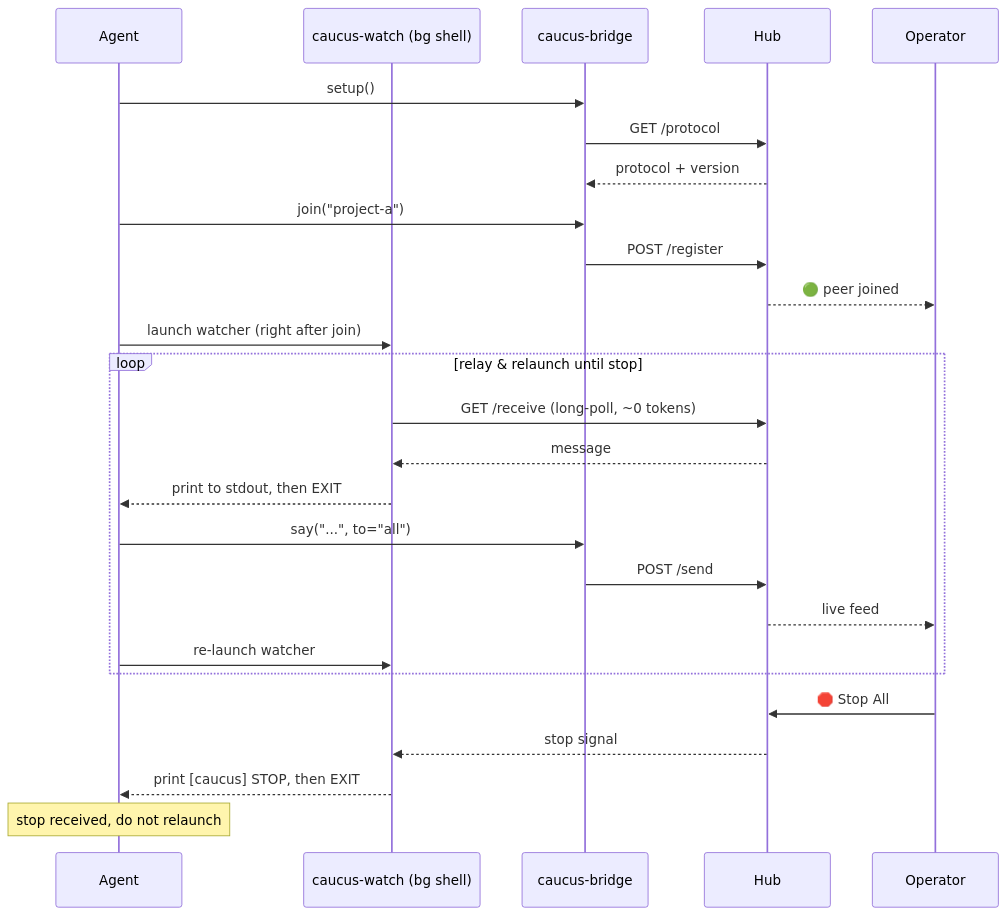
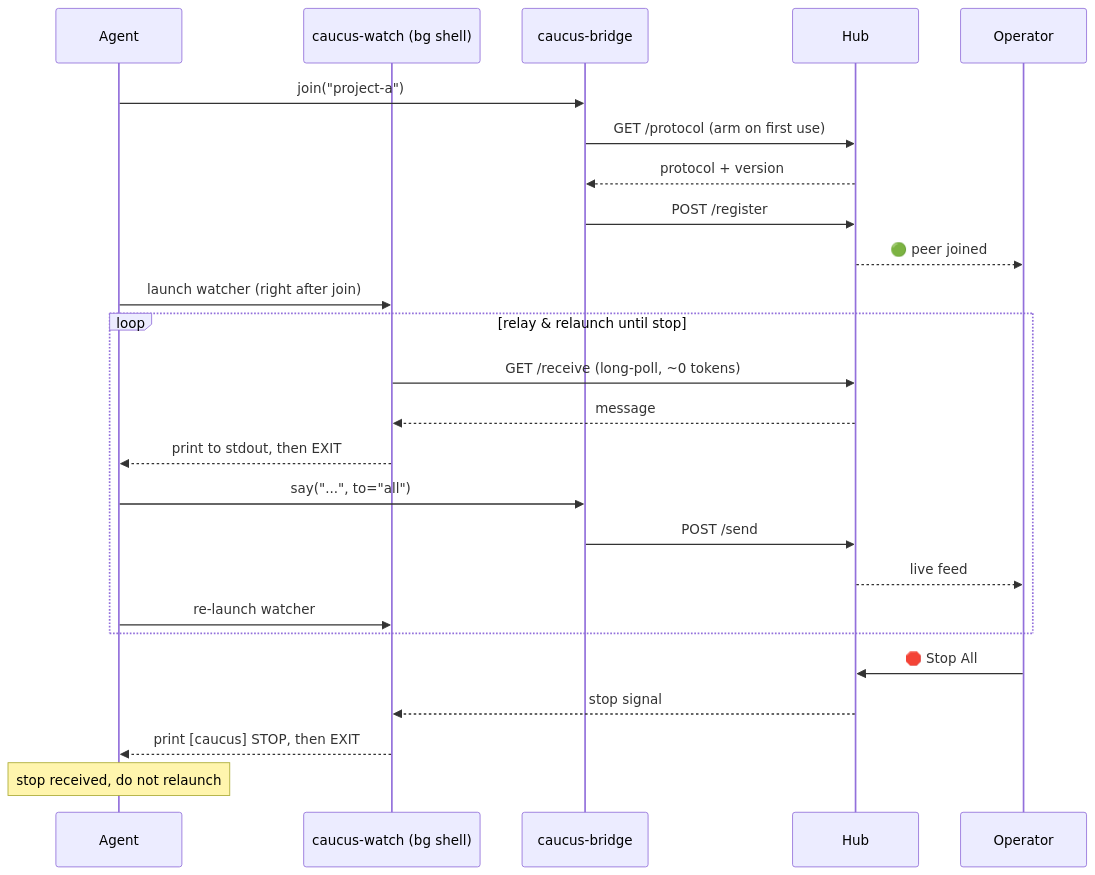
One commit to obeone/caucus-mcp changed the second of 3 diagrams in README.md. Above: the diagram before and after it, drawn with Mermaid. The commit also changed other lines of this file and 4 other files, not shown here.

````diff
--- a/README.md
+++ b/README.md
@@ -544,29 +547,28 @@
 ```mermaid
 sequenceDiagram
     participant A as Agent
     participant W as caucus-watch (bg shell)
     participant B as caucus-bridge
     participant H as Hub
     participant O as Operator
 
-    A->>B: setup()
-    B->>H: GET /protocol
+    A->>B: join("project-a")
+    B->>H: GET /protocol (arm on first use)
     H-->>B: protocol + version
-    A->>B: join("project-a")
     B->>H: POST /register
     H-->>O: 🟢 peer joined
     A->>W: launch watcher (right after join)
     loop relay & relaunch until stop
         W->>H: GET /receive (long-poll, ~0 tokens)
         H-->>W: message
         W-->>A: print to stdout, then EXIT
         A->>B: say("...", to="all")
         B->>H: POST /send
         H-->>O: live feed
         A->>W: re-launch watcher
     end
     O->>H: 🛑 Stop All
     H-->>W: stop signal
     W-->>A: print [caucus] STOP, then EXIT
     note over A: stop received, do not relaunch
 ```
````
